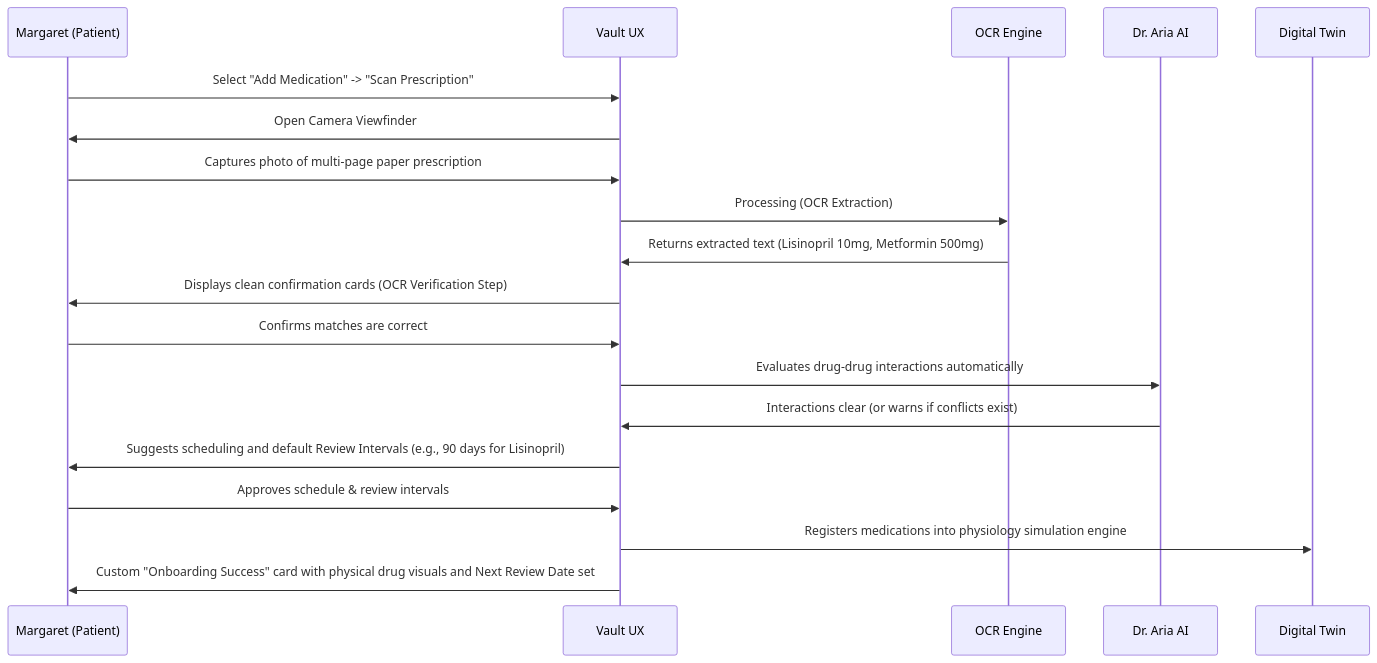
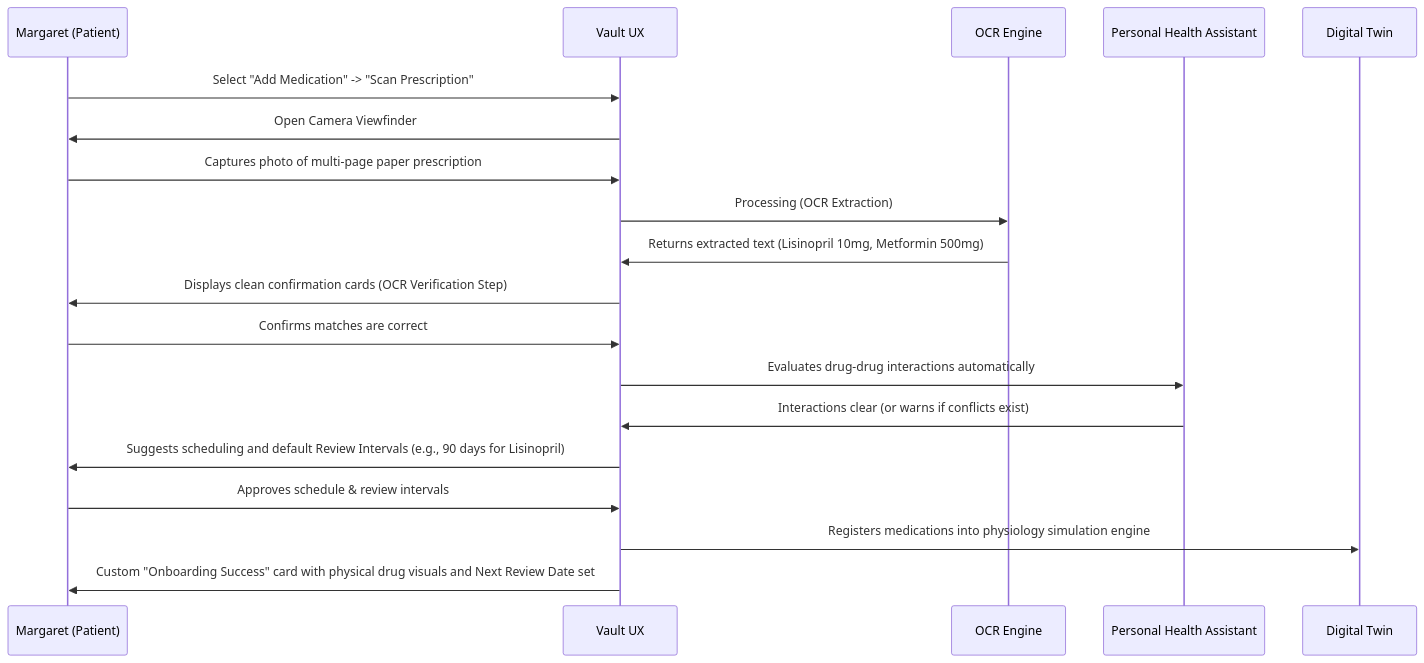
The second of 4 diagrams in docs/mv_001_medication_vault_specification.md (Akhiluuu/health-digital-twin), drawn with Mermaid before and after one commit. The commit also changed other lines of this file and 35 other files, not shown here.

Commit message:
chore: complete system-wide rebranding to Personal Health Assistant and fix type errors

````diff
--- a/docs/mv_001_medication_vault_specification.md
+++ b/docs/mv_001_medication_vault_specification.md
@@ -148,22 +148,22 @@
 ```mermaid
 sequenceDiagram
     participant P as Margaret (Patient)
     participant V as Vault UX
     participant O as OCR Engine
-    participant A as Dr. Aria AI
+    participant A as Personal Health Assistant
     participant DT as Digital Twin
     
     P->>V: Select "Add Medication" -> "Scan Prescription"
     V->>P: Open Camera Viewfinder
     P->>V: Captures photo of multi-page paper prescription
     V->>O: Processing (OCR Extraction)
     O->>V: Returns extracted text (Lisinopril 10mg, Metformin 500mg)
     V->>P: Displays clean confirmation cards (OCR Verification Step)
     P->>V: Confirms matches are correct
     V->>A: Evaluates drug-drug interactions automatically
     A->>V: Interactions clear (or warns if conflicts exist)
     V->>P: Suggests scheduling and default Review Intervals (e.g., 90 days for Lisinopril)
     P->>V: Approves schedule & review intervals
     V->>DT: Registers medications into physiology simulation engine
     V->>P: Custom "Onboarding Success" card with physical drug visuals and Next Review Date set
 ```
````
